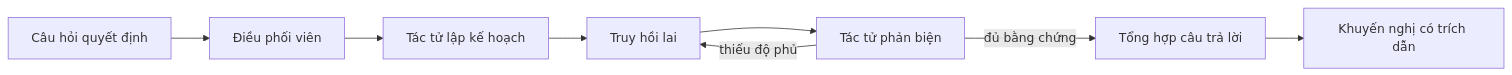
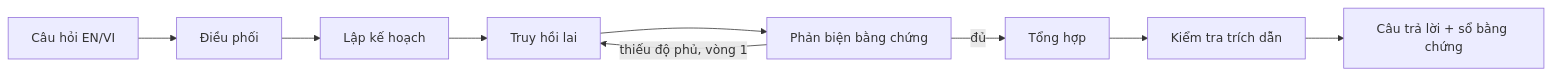
One commit to nguyenddung/atlastrace-agentic-rag changed the diagram in README.vi.md. Above: the diagram before and after it, drawn with Mermaid. The commit also changed other lines of this file and 51 other files, not shown here.

````diff
--- a/README.vi.md
+++ b/README.vi.md
@@ -38,10 +51,11 @@
 ```mermaid
 flowchart LR
-    Q[Câu hỏi quyết định] --> O[Điều phối viên]
-    O --> P[Tác tử lập kế hoạch]
+    Q[Câu hỏi EN/VI] --> O[Điều phối]
+    O --> P[Lập kế hoạch]
     P --> R[Truy hồi lai]
-    R --> C[Tác tử phản biện]
-    C -- thiếu độ phủ --> R
-    C -- đủ bằng chứng --> S[Tổng hợp câu trả lời]
-    S --> A[Khuyến nghị có trích dẫn]
+    R --> C[Phản biện bằng chứng]
+    C -- thiếu độ phủ, vòng 1 --> R
+    C -- đủ --> S[Tổng hợp]
+    S --> A[Kiểm tra trích dẫn]
+    A --> X[Câu trả lời + sổ bằng chứng]
 ```
````
